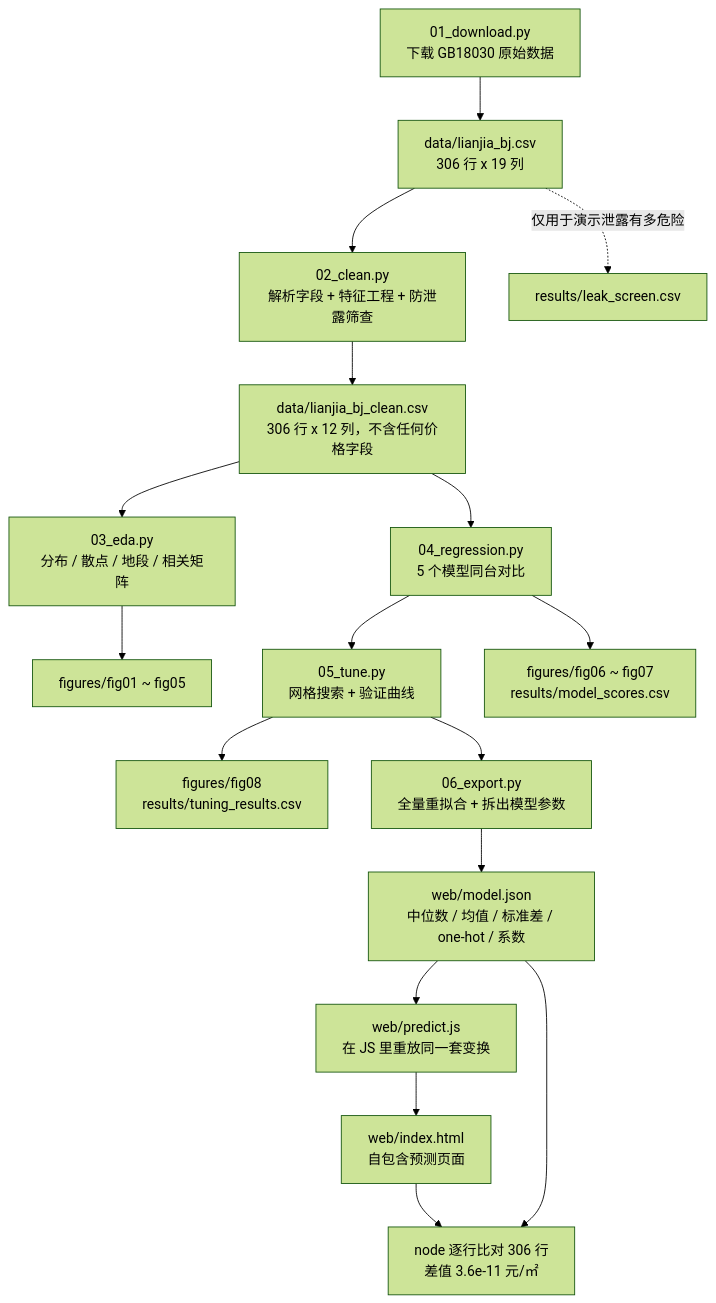
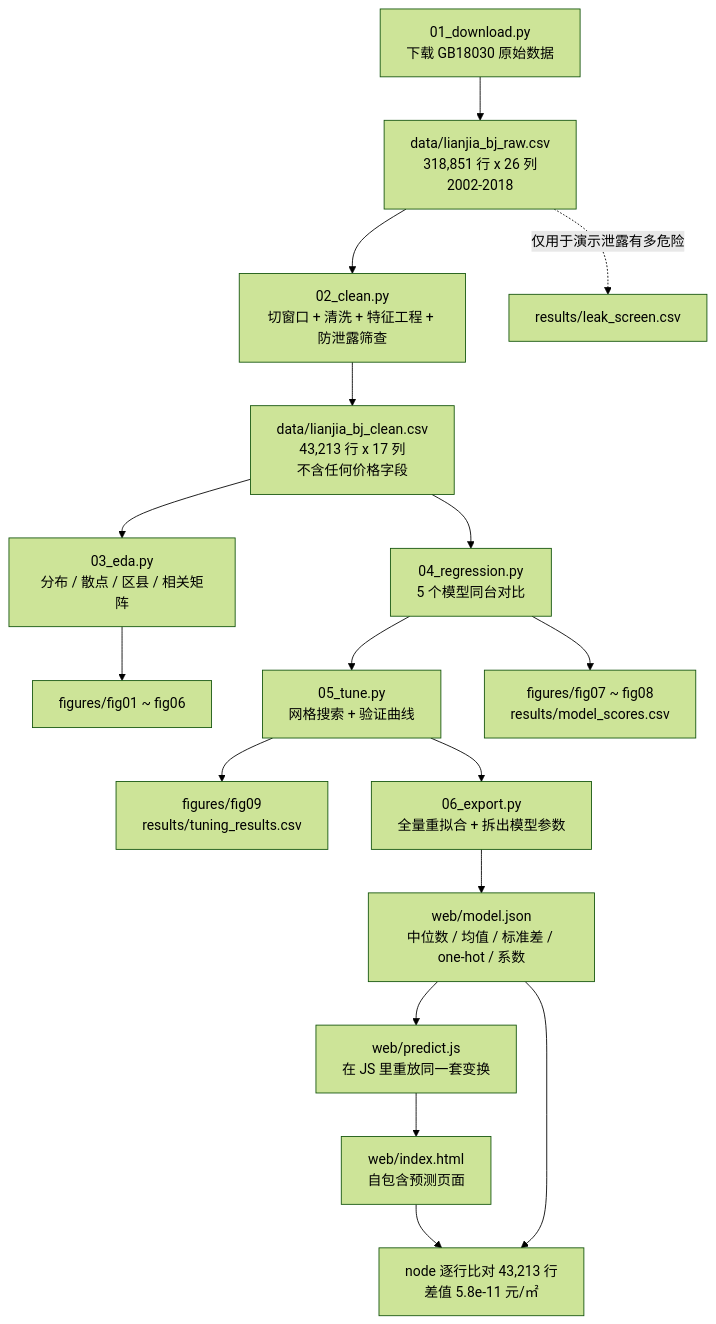
The diagram in README.md (wangxianrui002/god), drawn with Mermaid (forest theme) before and after one commit. The commit also changed other lines of this file and 32 other files, not shown here.

````diff
--- a/README.md
+++ b/README.md
@@ -48,19 +51,19 @@
 ```mermaid
 flowchart TD
-    A["01_download.py<br/>下载 GB18030 原始数据"] --> B["data/lianjia_bj.csv<br/>306 行 x 19 列"]
-    B --> C["02_clean.py<br/>解析字段 + 特征工程 + 防泄露筛查"]
-    C --> D["data/lianjia_bj_clean.csv<br/>306 行 x 12 列，不含任何价格字段"]
+    A["01_download.py<br/>下载 GB18030 原始数据"] --> B["data/lianjia_bj_raw.csv<br/>318,851 行 x 26 列<br/>2002-2018"]
+    B --> C["02_clean.py<br/>切窗口 + 清洗 + 特征工程 + 防泄露筛查"]
+    C --> D["data/lianjia_bj_clean.csv<br/>43,213 行 x 17 列<br/>不含任何价格字段"]
     B -.->|"仅用于演示泄露有多危险"| E["results/leak_screen.csv"]
-    D --> F["03_eda.py<br/>分布 / 散点 / 地段 / 相关矩阵"]
+    D --> F["03_eda.py<br/>分布 / 散点 / 区县 / 相关矩阵"]
     D --> G["04_regression.py<br/>5 个模型同台对比"]
     G --> H["05_tune.py<br/>网格搜索 + 验证曲线"]
-    F --> I["figures/fig01 ~ fig05"]
-    G --> J["figures/fig06 ~ fig07<br/>results/model_scores.csv"]
-    H --> K["figures/fig08<br/>results/tuning_results.csv"]
+    F --> I["figures/fig01 ~ fig06"]
+    G --> J["figures/fig07 ~ fig08<br/>results/model_scores.csv"]
+    H --> K["figures/fig09<br/>results/tuning_results.csv"]
     H --> L["06_export.py<br/>全量重拟合 + 拆出模型参数"]
     L --> M["web/model.json<br/>中位数 / 均值 / 标准差 / one-hot / 系数"]
     M --> N["web/predict.js<br/>在 JS 里重放同一套变换"]
     N --> O["web/index.html<br/>自包含预测页面"]
-    M --> P["node 逐行比对 306 行<br/>差值 3.6e-11 元/㎡"]
+    M --> P["node 逐行比对 43,213 行<br/>差值 5.8e-11 元/㎡"]
     O --> P
 ```
````
